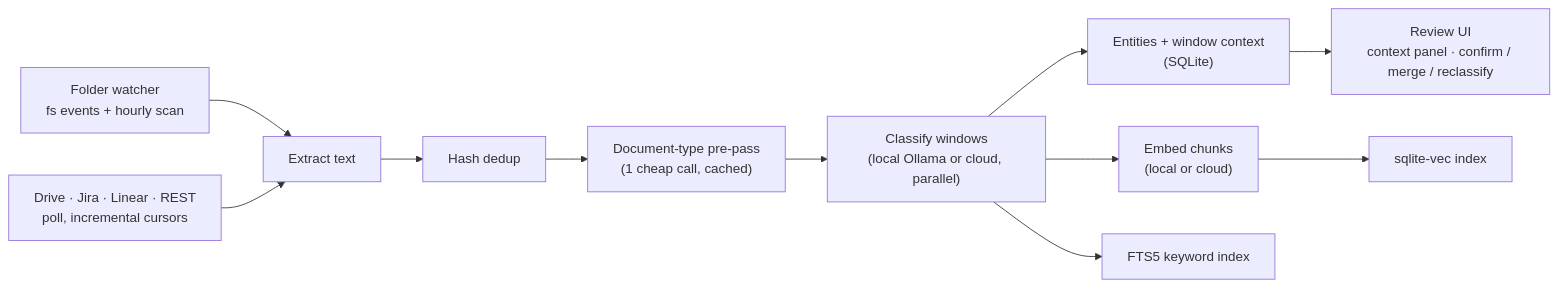
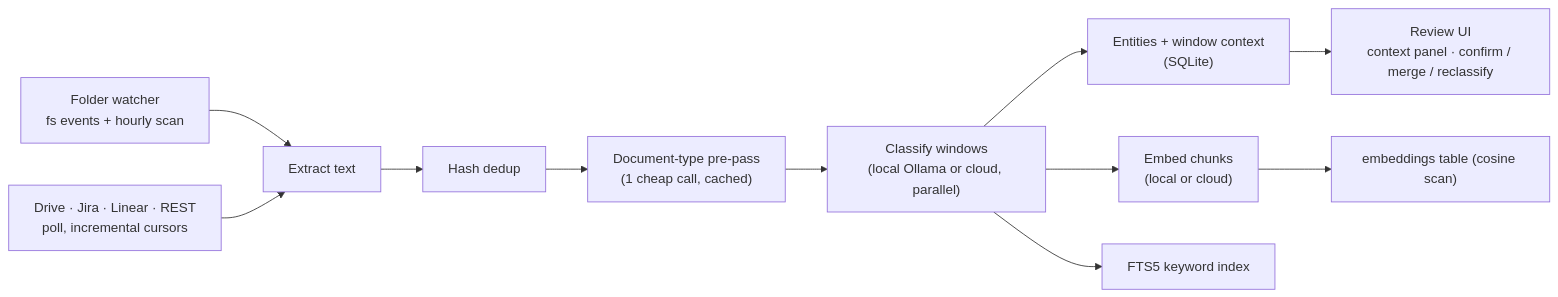
The second of 4 diagrams in docs/architecture.md (Atsirkunov/anchorcore), drawn with Mermaid before and after one commit. The commit also changed other lines of this file and 9 other files, not shown here.

Commit message:
Docs: sync README + docs with the website (positioning, Team quote-only, macOS first-launch, keychain scope, Linux download, embedding scan not sqlite-vec)

````diff
--- a/docs/architecture.md
+++ b/docs/architecture.md
@@ -58,13 +58,13 @@
 ```mermaid
 flowchart LR
     watcher["Folder watcher<br/>fs events + hourly scan"] --> extract["Extract text"]
     apis["Drive · Jira · Linear · REST<br/>poll, incremental cursors"] --> extract
     extract --> hash["Hash dedup"]
     hash --> type["Document-type pre-pass<br/>(1 cheap call, cached)"]
     type --> classify["Classify windows<br/>(local Ollama or cloud, parallel)"]
     classify --> entities["Entities + window context<br/>(SQLite)"]
     classify --> embed["Embed chunks<br/>(local or cloud)"]
-    embed --> vec["sqlite-vec index"]
+    embed --> vec["embeddings table (cosine scan)"]
     classify --> fts["FTS5 keyword index"]
     entities --> review["Review UI<br/>context panel · confirm / merge / reclassify"]
 ```
````
